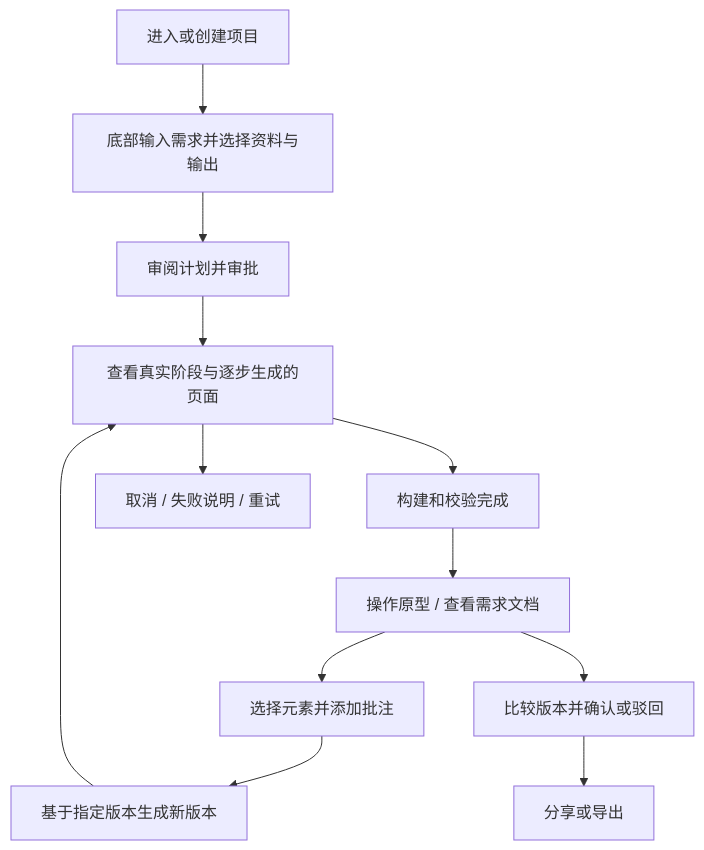
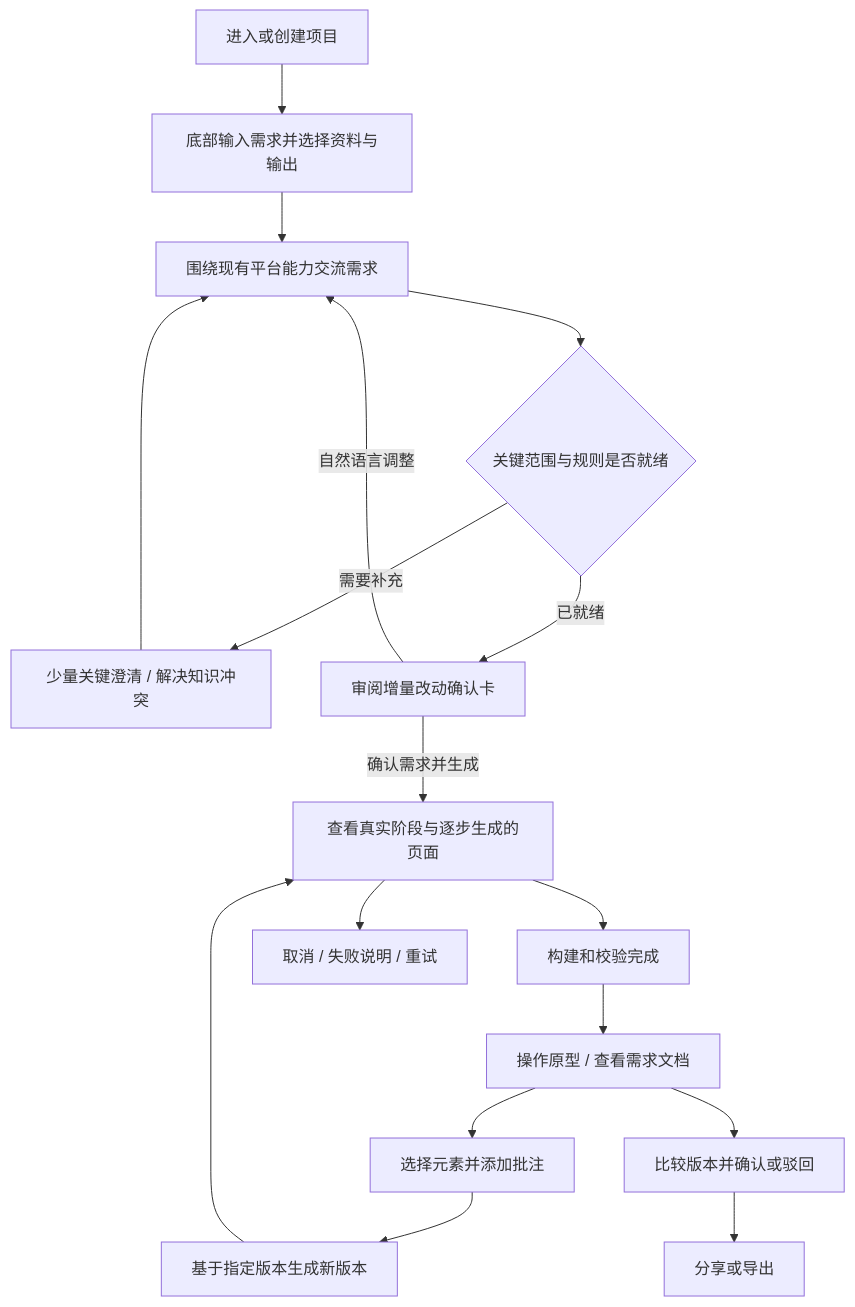
The diagram in docs/product/visual-prototype-frontend-rebuild-requirements.md (harrylee-bot/ai-product-workbench), drawn with Mermaid before and after one commit. The commit also changed other lines of this file and 12 other files, not shown here.

First line of the commit message:
feat(studio): define incremental requirement flow and add controlled discussion review UI

````diff
--- a/docs/product/visual-prototype-frontend-rebuild-requirements.md
+++ b/docs/product/visual-prototype-frontend-rebuild-requirements.md
@@ -137,14 +137,19 @@
 ```mermaid
 flowchart TD
   A[进入或创建项目] --> B[底部输入需求并选择资料与输出]
-  B --> C[审阅计划并审批]
-  C --> D[查看真实阶段与逐步生成的页面]
+  B --> C[围绕现有平台能力交流需求]
+  C --> R{关键范围与规则是否就绪}
+  R -->|需要补充| Q[少量关键澄清 / 解决知识冲突]
+  Q --> C
+  R -->|已就绪| S[审阅增量改动确认卡]
+  S -->|自然语言调整| C
+  S -->|确认需求并生成| D[查看真实阶段与逐步生成的页面]
   D --> E[构建和校验完成]
   E --> F[操作原型 / 查看需求文档]
   F --> G[选择元素并添加批注]
   G --> H[基于指定版本生成新版本]
   H --> D
   F --> I[比较版本并确认或驳回]
   I --> J[分享或导出]
   D --> K[取消 / 失败说明 / 重试]
 ```
````
